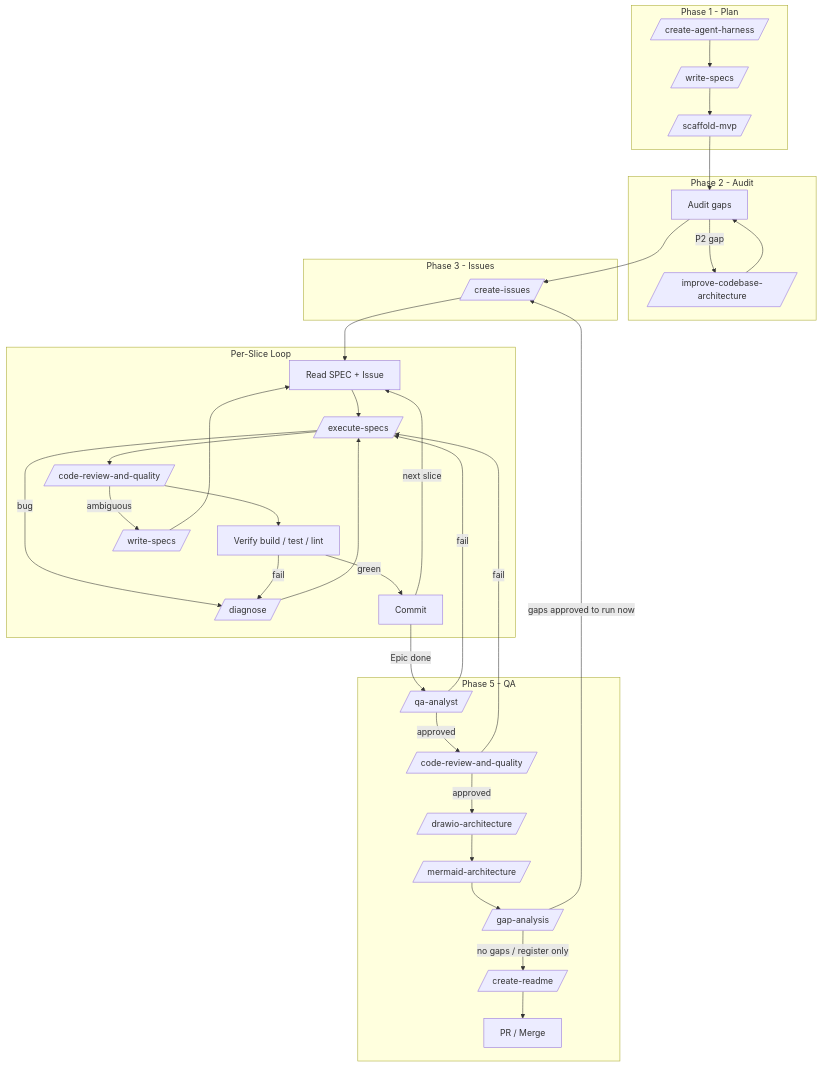
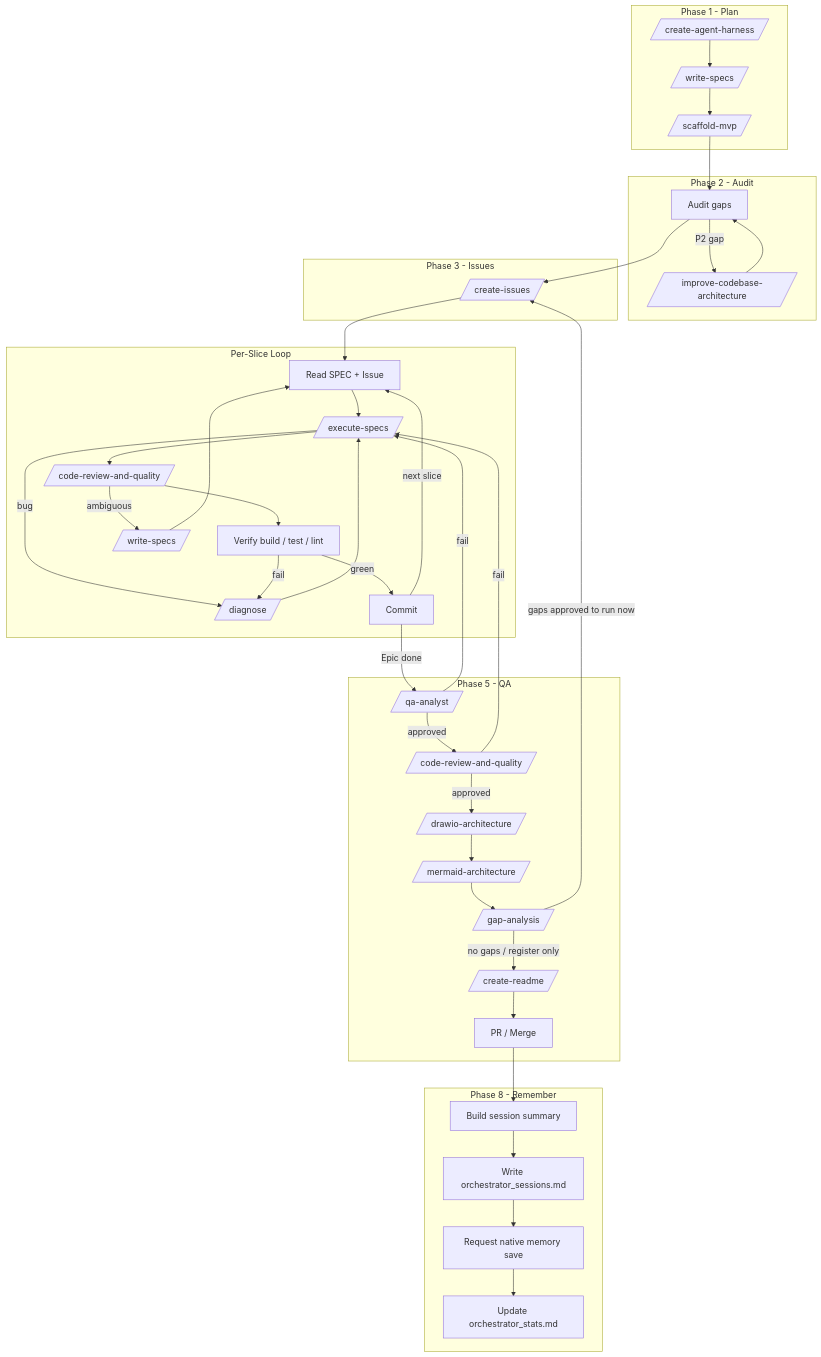
The diagram in skills/orchestrator/SKILL.md (afonsoft/skills), drawn with Mermaid before and after one commit. The commit also changed other lines of this file, not shown here.

First line of the commit message:
feat(orchestrator): add Phase 8 Remember for cross-session memory

````diff
--- a/skills/orchestrator/SKILL.md
+++ b/skills/orchestrator/SKILL.md
@@ -216,65 +217,77 @@
 ```mermaid
 flowchart TB
     subgraph Phase1["Phase 1 - Plan"]
         P1_H[/create-agent-harness/]
         P1_S[/write-specs/]
         P1_M[/scaffold-mvp/]
     end
 
     subgraph Phase2["Phase 2 - Audit"]
         P2_A["Audit gaps"]
         P2_F[/improve-codebase-architecture/]
     end
 
     subgraph Phase3["Phase 3 - Issues"]
         P3_I[/create-issues/]
     end
 
     subgraph Slice["Per-Slice Loop"]
         S_R["Read SPEC + Issue"]
         S_T[/execute-specs/]
         S_C[/code-review-and-quality/]
         S_D[/diagnose/]
         S_V["Verify build / test / lint"]
         S_G[/write-specs/]
         S_CM["Commit"]
     end
 
     subgraph Gate["Phase 5 - QA"]
         G_Q[/qa-analyst/]
         G_R[/code-review-and-quality/]
         G_D[/drawio-architecture/]
         G_MA[/mermaid-architecture/]
         G_GA[/gap-analysis/]
         G_M[/create-readme/]
         G_P["PR / Merge"]
     end
 
     P1_H --> P1_S
     P1_S --> P1_M
     P1_M --> P2_A
     P2_A -->|P2 gap| P2_F
     P2_F --> P2_A
     P2_A --> P3_I
     P3_I --> S_R
     S_R --> S_T
     S_T --> S_C
     S_C --> S_V
     S_V -->|green| S_CM
     S_T -->|bug| S_D
     S_D --> S_T
     S_C -->|ambiguous| S_G
     S_G --> S_R
     S_V -->|fail| S_D
     S_CM -->|next slice| S_R
     S_CM -->|Epic done| G_Q
     G_Q -->|approved| G_R
     G_Q -->|fail| S_T
     G_R -->|approved| G_D
     G_D --> G_MA
     G_MA --> G_GA
     G_GA -->|"no gaps / register only"| G_M
     G_GA -->|"gaps approved to run now"| P3_I
     G_R -->|fail| S_T
     G_M --> G_P
+
+    subgraph Remember["Phase 8 - Remember"]
+        R_S["Build session summary"]
+        R_W["Write orchestrator_sessions.md"]
+        R_N["Request native memory save"]
+        R_U["Update orchestrator_stats.md"]
+    end
+
+    G_P --> R_S
+    R_S --> R_W
+    R_W --> R_N
+    R_N --> R_U
 ```
````
